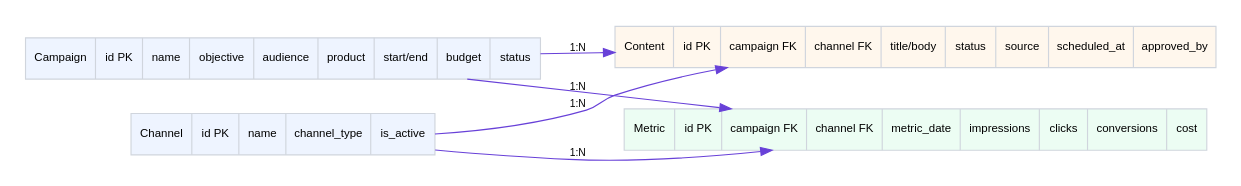
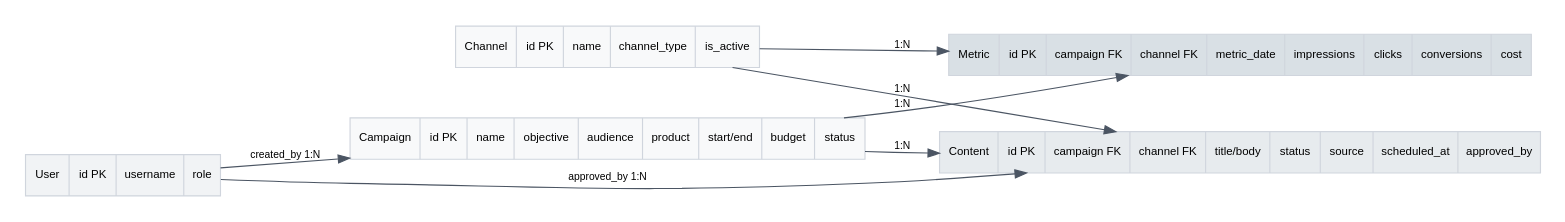
One commit to hieu-kiien/he-thong-quan-ly-chien-dich-marketing-co-tich-hop-ai changed the diagram in submission/Nhom25/diagrams/erd.dot. Above: the diagram before and after it, drawn with Graphviz. The commit also changed 100 other files, not shown here.

```diff
--- a/submission/Nhom25/diagrams/erd.dot
+++ b/submission/Nhom25/diagrams/erd.dot
@@ -1,13 +1,16 @@
 digraph erd {
   graph [rankdir=LR, bgcolor="white", pad=0.2, nodesep=0.3, ranksep=0.7];
   node [shape=record, fontname="Arial", fontsize=10, style="filled", fillcolor="#f8f9fc", color="#d0d5dd"];
-  edge [fontname="Arial", fontsize=9, color="#6841d8"];
-  Campaign [label="{Campaign|id PK|name|objective|audience|product|start/end|budget|status}", fillcolor="#eef4ff"];
-  Channel [label="{Channel|id PK|name|channel_type|is_active}", fillcolor="#eef4ff"];
-  Content [label="{Content|id PK|campaign FK|channel FK|title/body|status|source|scheduled_at|approved_by}", fillcolor="#fff7ed"];
-  Metric [label="{Metric|id PK|campaign FK|channel FK|metric_date|impressions|clicks|conversions|cost}", fillcolor="#ecfdf3"];
+  edge [fontname="Arial", fontsize=9, color="#4b5563"];
+  Campaign [label="{Campaign|id PK|name|objective|audience|product|start/end|budget|status}", fillcolor="#f8f9fa"];
+  Channel [label="{Channel|id PK|name|channel_type|is_active}", fillcolor="#f8f9fa"];
+  Content [label="{Content|id PK|campaign FK|channel FK|title/body|status|source|scheduled_at|approved_by}", fillcolor="#e7ebee"];
+  Metric [label="{Metric|id PK|campaign FK|channel FK|metric_date|impressions|clicks|conversions|cost}", fillcolor="#d9e0e5"];
+  User [label="{User|id PK|username|role}", fillcolor="#f1f3f5"];
+  User -> Campaign [label="created_by 1:N"];
+  User -> Content [label="approved_by 1:N"];
   Campaign -> Content [label="1:N"];
   Campaign -> Metric [label="1:N"];
   Channel -> Content [label="1:N"];
   Channel -> Metric [label="1:N"];
 }
```
